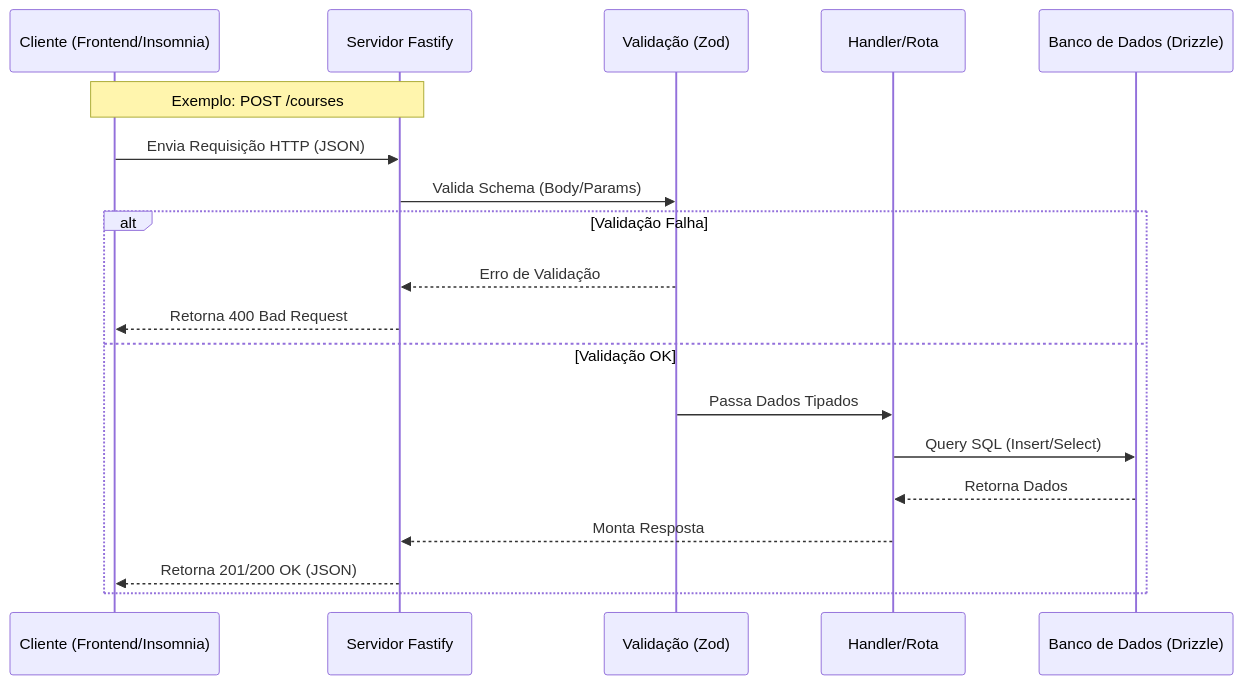
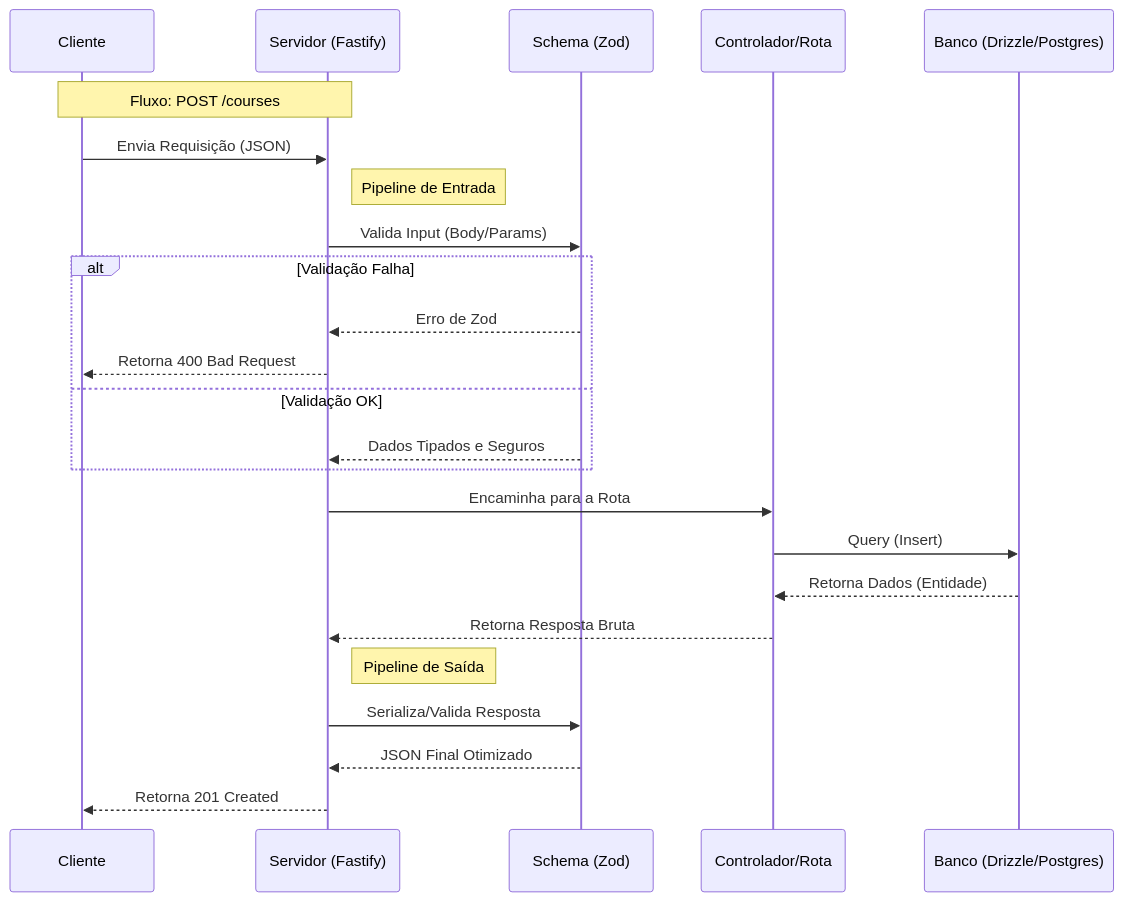
Before and after one commit to keroldias123/api-nodejs: the diagram in README.md, drawn with Mermaid. The commit also changed 23 other files, not shown here.

````diff
--- a/README.md
+++ b/README.md
@@ -130,24 +130,35 @@
 ```mermaid
 sequenceDiagram
-    participant C as Cliente (Frontend/Insomnia)
-    participant S as Servidor Fastify
-    participant V as Validação (Zod)
-    participant H as Handler/Rota
-    participant DB as Banco de Dados (Drizzle)
+    participant Client as Cliente
+    participant Server as Servidor (Fastify)
+    participant Sch as Schema (Zod)
+    participant Ctrl as Controlador/Rota
+    participant DB as Banco (Drizzle/Postgres)
 
-    Note over C, S: Exemplo: POST /courses
+    Note over Client, Server: Fluxo: POST /courses
 
-    C->>S: Envia Requisição HTTP (JSON)
-    S->>V: Valida Schema (Body/Params)
+    Client->>Server: Envia Requisição (JSON)
+
+    Note right of Server: Pipeline de Entrada
+    Server->>Sch: Valida Input (Body/Params)
 
     alt Validação Falha
-        V-->>S: Erro de Validação
-        S-->>C: Retorna 400 Bad Request
+        Sch-->>Server: Erro de Zod
+        Server-->>Client: Retorna 400 Bad Request
     else Validação OK
-        V->>H: Passa Dados Tipados
-        H->>DB: Query SQL (Insert/Select)
-        DB-->>H: Retorna Dados
-        H-->>S: Monta Resposta
-        S-->>C: Retorna 201/200 OK (JSON)
+        Sch-->>Server: Dados Tipados e Seguros
     end
+
+    Server->>Ctrl: Encaminha para a Rota
+
+    Ctrl->>DB: Query (Insert)
+    DB-->>Ctrl: Retorna Dados (Entidade)
+
+    Ctrl-->>Server: Retorna Resposta Bruta
+
+    Note right of Server: Pipeline de Saída
+    Server->>Sch: Serializa/Valida Resposta
+    Sch-->>Server: JSON Final Otimizado
+
+    Server-->>Client: Retorna 201 Created
 ```
````
